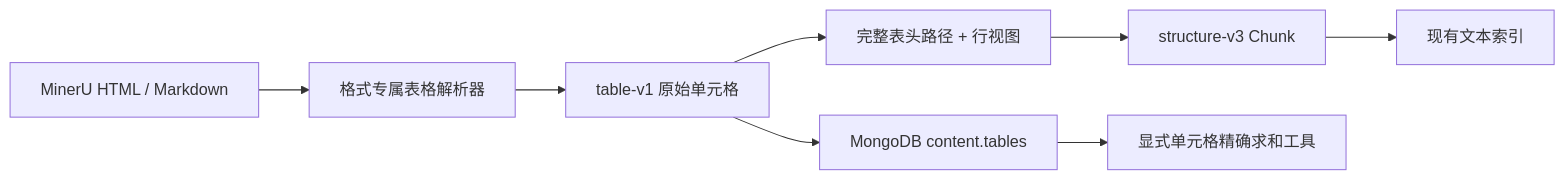
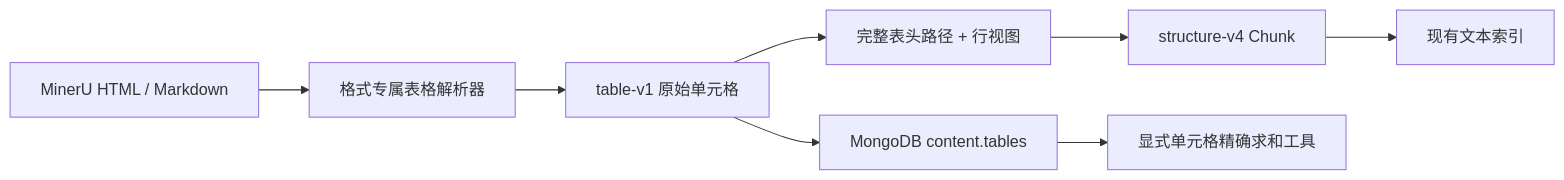
Before and after one commit to Huuyii-sleeping/KnowBase: the diagram in docs/table-ingestion.md, drawn with Mermaid. The commit also changed other lines of this file and 14 other files, not shown here.

````diff
--- a/docs/table-ingestion.md
+++ b/docs/table-ingestion.md
@@ -11,10 +11,10 @@
 ```mermaid
 flowchart LR
     A[MinerU HTML / Markdown] --> B[格式专属表格解析器]
     B --> C[table-v1 原始单元格]
     C --> D[MongoDB content.tables]
     C --> E[完整表头路径 + 行视图]
-    E --> F[structure-v3 Chunk]
+    E --> F[structure-v4 Chunk]
     D --> G[显式单元格精确求和工具]
     F --> H[现有文本索引]
 ```
````
